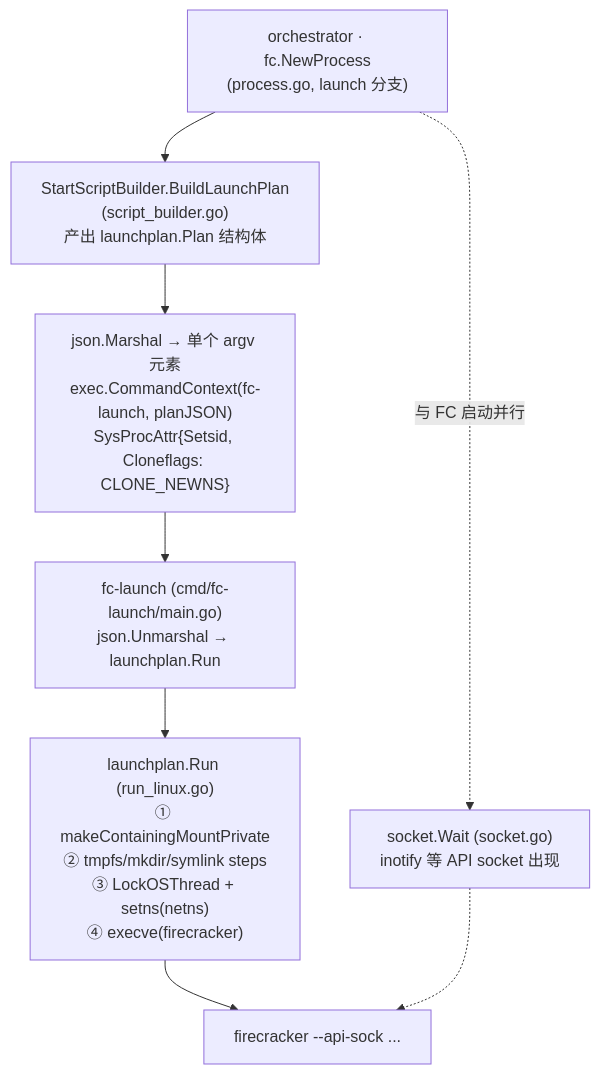
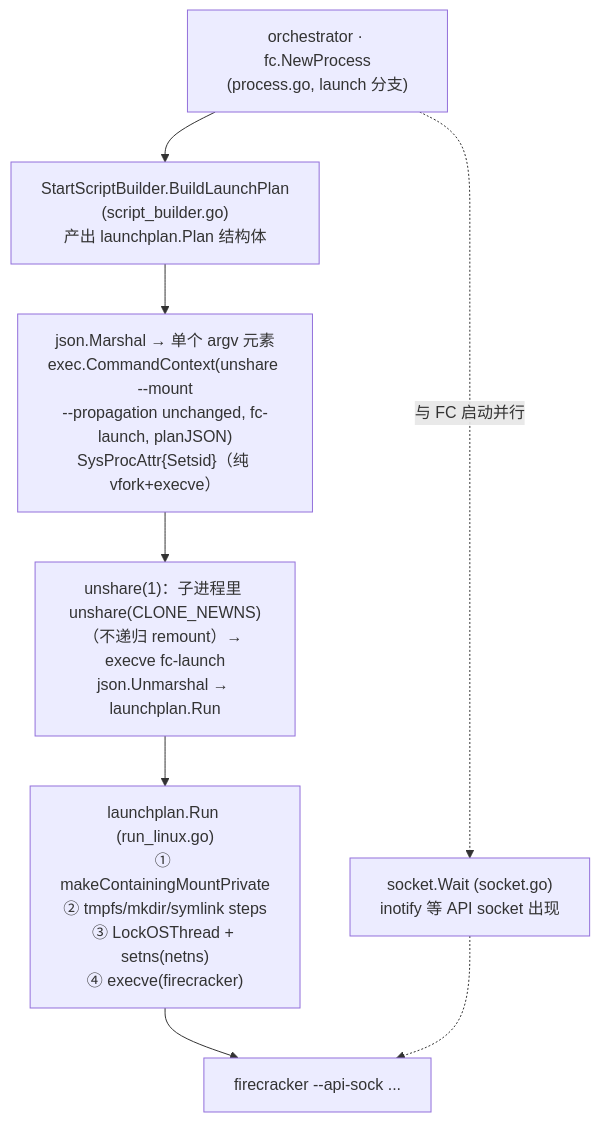
One commit to AustinJiangg/e2b-infra changed the diagram in benchmark/FC启动优化-launch.md. Above: the diagram before and after it, drawn with Mermaid. The commit also changed other lines of this file and 3 other files, not shown here.

````diff
--- a/benchmark/FC启动优化-launch.md
+++ b/benchmark/FC启动优化-launch.md
@@ -35,13 +41,13 @@
 ```mermaid
 flowchart TD
     A["orchestrator · fc.NewProcess<br/>(process.go, launch 分支)"]
     B["StartScriptBuilder.BuildLaunchPlan<br/>(script_builder.go)<br/>产出 launchplan.Plan 结构体"]
-    C["json.Marshal → 单个 argv 元素<br/>exec.CommandContext(fc-launch, planJSON)<br/>SysProcAttr{Setsid, Cloneflags: CLONE_NEWNS}"]
-    D["fc-launch (cmd/fc-launch/main.go)<br/>json.Unmarshal → launchplan.Run"]
+    C["json.Marshal → 单个 argv 元素<br/>exec.CommandContext(unshare --mount<br/>--propagation unchanged, fc-launch, planJSON)<br/>SysProcAttr{Setsid}（纯 vfork+execve）"]
+    D["unshare(1)：子进程里 unshare(CLONE_NEWNS)<br/>（不递归 remount）→ execve fc-launch<br/>json.Unmarshal → launchplan.Run"]
     E["launchplan.Run (run_linux.go)<br/>① makeContainingMountPrivate<br/>② tmpfs/mkdir/symlink steps<br/>③ LockOSThread + setns(netns)<br/>④ execve(firecracker)"]
     F["firecracker --api-sock ..."]
     G["socket.Wait (socket.go)<br/>inotify 等 API socket 出现"]
 
     A --> B --> C --> D --> E --> F
     A -.->|"与 FC 启动并行"| G -.-> F
 ```
````
